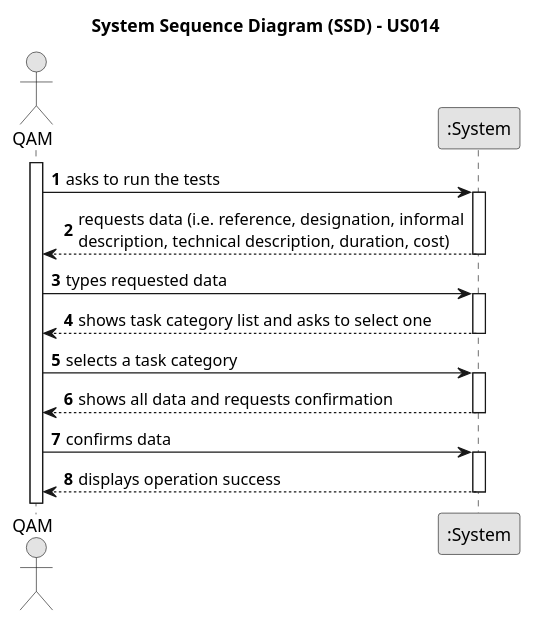
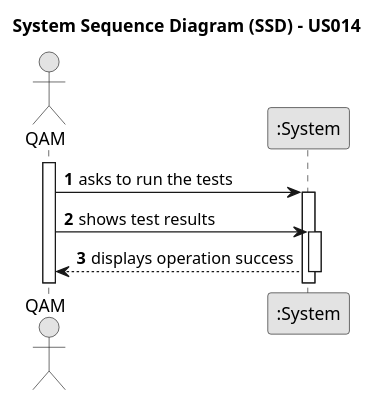
Before and after one commit to ricardomm7/leaflink: the diagram in docs/sprintB/us014/01.requirements-engineering/puml/us014-system-sequence-diagram-alternative-one.puml, drawn with PlantUML. The commit also changed 3 other files, not shown here.

```diff
--- a/docs/sprintB/us014/01.requirements-engineering/puml/us014-system-sequence-diagram-alternative-one.puml
+++ b/docs/sprintB/us014/01.requirements-engineering/puml/us014-system-sequence-diagram-alternative-one.puml
@@ -1,39 +1,24 @@
 @startuml
 skinparam monochrome true
 skinparam packageStyle rectangle
 skinparam shadowing false
 
 title System Sequence Diagram (SSD) - US014
 
 autonumber
 
 actor "QAM" as QAM
 participant ":System" as System
 
 activate QAM
 
     QAM -> System : asks to run the tests
     activate System
 
-        System --> QAM : requests data (i.e. reference, designation, informal\ndescription, technical description, duration, cost)
-    deactivate System
-
-    QAM -> System : types requested data
-    activate System
-
-        System --> QAM : shows task category list and asks to select one
-    deactivate System
-
-    QAM -> System : selects a task category
-    activate System
-
-        System --> QAM : shows all data and requests confirmation
-    deactivate System
-
-    QAM -> System : confirms data
+    QAM -> System : shows test results
     activate System
 
         System --> QAM : displays operation success
     deactivate System
 
 @enduml
```
